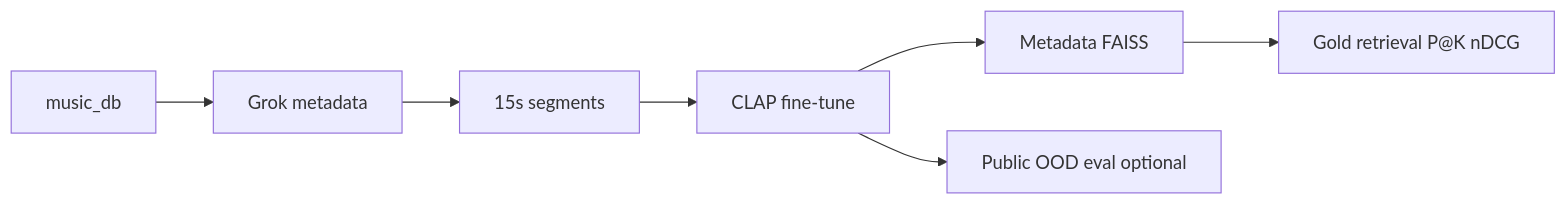
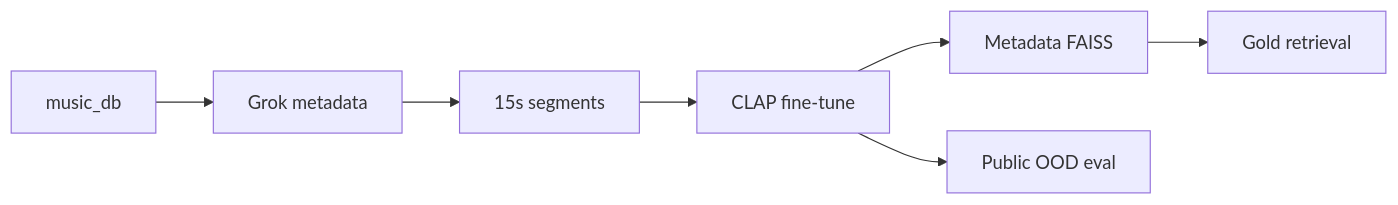
One commit to asapacsin/music-recommendation changed the diagram in README.md. Above: the diagram before and after it, drawn with Mermaid. The commit also changed other lines of this file and 27 other files, not shown here.

````diff
--- a/README.md
+++ b/README.md
@@ -41,9 +70,9 @@
 ```mermaid
 flowchart LR
   audio[music_db] --> meta[Grok metadata]
   meta --> clips[15s segments]
   clips --> ft[CLAP fine-tune]
   ft --> faiss[Metadata FAISS]
-  faiss --> gold[Gold retrieval P@K nDCG]
-  ft --> ood[Public OOD eval optional]
+  faiss --> gold[Gold retrieval]
+  ft --> ood[Public OOD eval]
 ```
````
